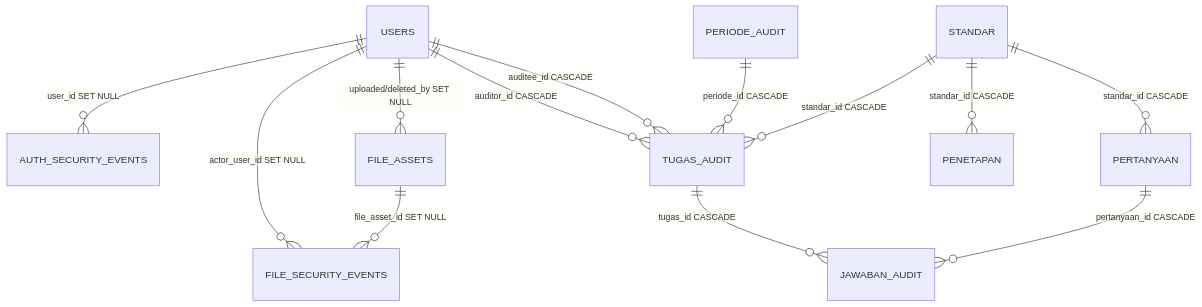
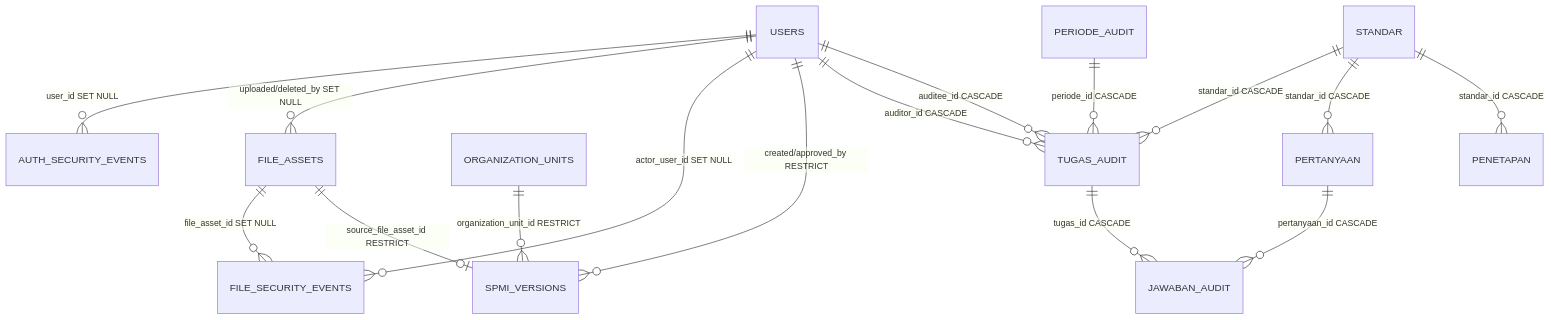
Before and after one commit to stevenzektyramadhan/Audit-Mutu-Internal: the diagram in docs/database/current-schema.md, drawn with Mermaid. The commit also changed other lines of this file and 19 other files, not shown here.

````diff
--- a/docs/database/current-schema.md
+++ b/docs/database/current-schema.md
@@ -131,15 +140,18 @@
 ```mermaid
 erDiagram
     USERS ||--o{ AUTH_SECURITY_EVENTS : "user_id SET NULL"
     USERS ||--o{ FILE_ASSETS : "uploaded/deleted_by SET NULL"
     USERS ||--o{ FILE_SECURITY_EVENTS : "actor_user_id SET NULL"
     FILE_ASSETS ||--o{ FILE_SECURITY_EVENTS : "file_asset_id SET NULL"
+    ORGANIZATION_UNITS ||--o{ SPMI_VERSIONS : "organization_unit_id RESTRICT"
+    FILE_ASSETS ||--o| SPMI_VERSIONS : "source_file_asset_id RESTRICT"
+    USERS ||--o{ SPMI_VERSIONS : "created/approved_by RESTRICT"
     USERS ||--o{ TUGAS_AUDIT : "auditor_id CASCADE"
     USERS ||--o{ TUGAS_AUDIT : "auditee_id CASCADE"
     PERIODE_AUDIT ||--o{ TUGAS_AUDIT : "periode_id CASCADE"
     STANDAR ||--o{ TUGAS_AUDIT : "standar_id CASCADE"
     STANDAR ||--o{ PERTANYAAN : "standar_id CASCADE"
     STANDAR ||--o{ PENETAPAN : "standar_id CASCADE"
     TUGAS_AUDIT ||--o{ JAWABAN_AUDIT : "tugas_id CASCADE"
     PERTANYAAN ||--o{ JAWABAN_AUDIT : "pertanyaan_id CASCADE"
 ```
````
